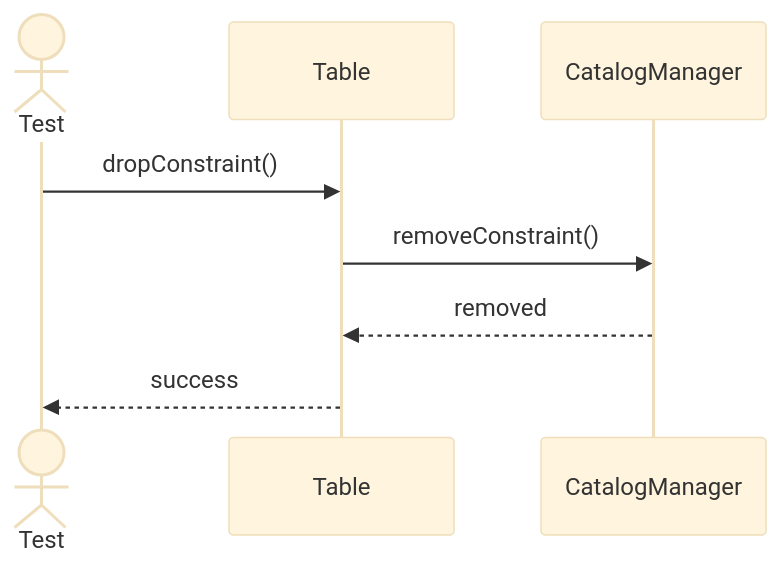
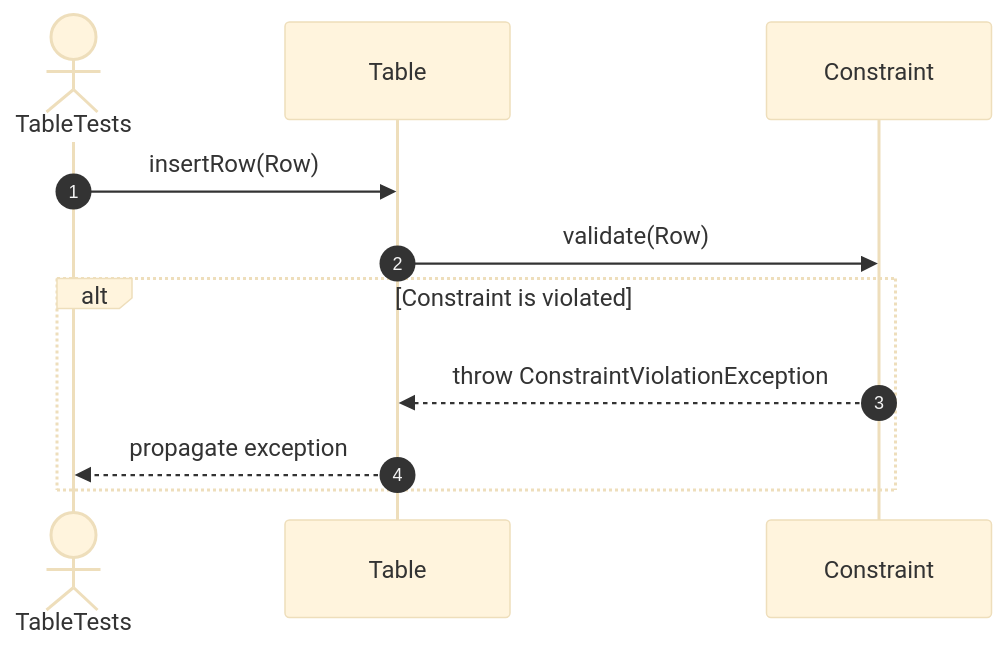
Before and after one commit to FhuAnn/-bbv-AN-s-DBMS: the tenth of 20 diagrams in src/tests/unit/metadata/sequences/tables-testing.se.md, drawn with Mermaid (base theme). The commit also changed other lines of this file and 60 other files, not shown here.

Commit message:
refactor data table, row, column, constraint, index test file

````diff
--- a/src/tests/unit/metadata/sequences/tables-testing.se.md
+++ b/src/tests/unit/metadata/sequences/tables-testing.se.md
@@ -197,14 +180,15 @@
 ```mermaid
 sequenceDiagram
-actor Test
-participant Table
-participant CatalogManager
+    autonumber
+    actor Test as TableTests
+    participant Table as Table
+    participant Constraint as Constraint
 
-Test->>Table: dropConstraint()
+    Test->>Table: insertRow(Row)
+    Table->>Constraint: validate(Row)
 
-Table->>CatalogManager: removeConstraint()
-
-CatalogManager-->>Table: removed
-
-Table-->>Test: success
+    alt Constraint is violated
+        Constraint-->>Table: throw ConstraintViolationException
+        Table-->>Test: propagate exception
+    end
 ```
````
